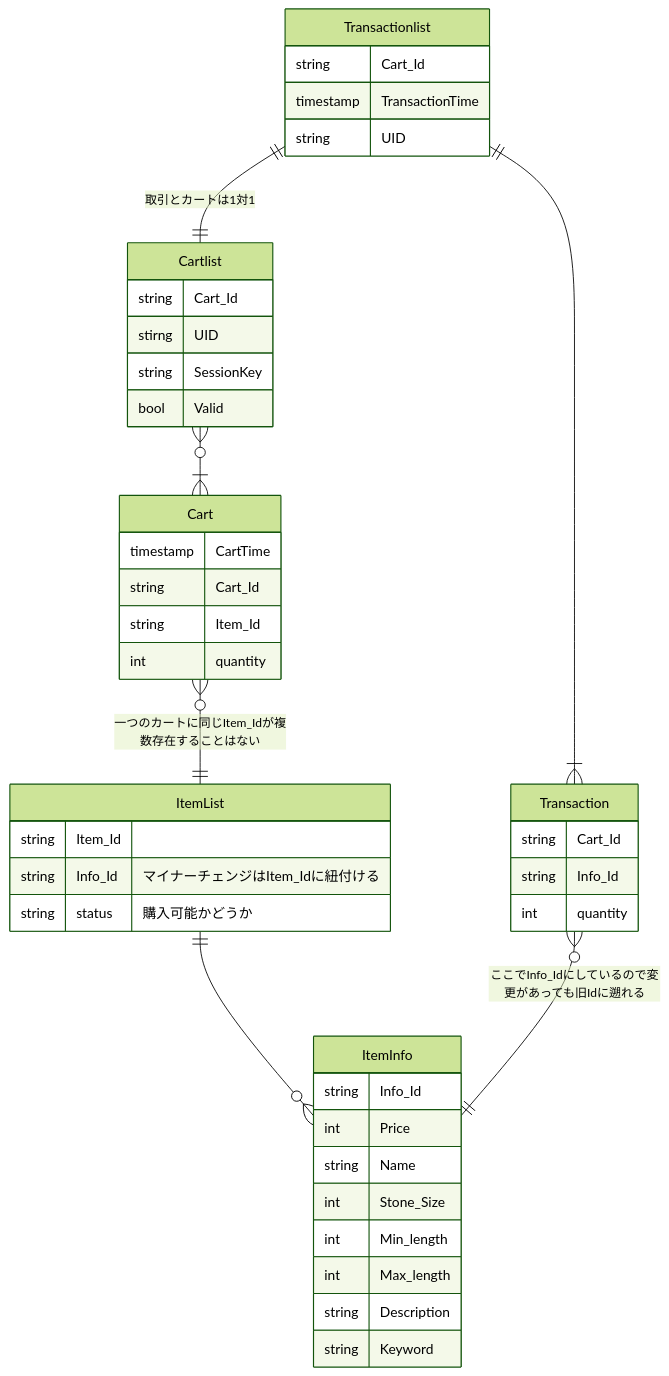
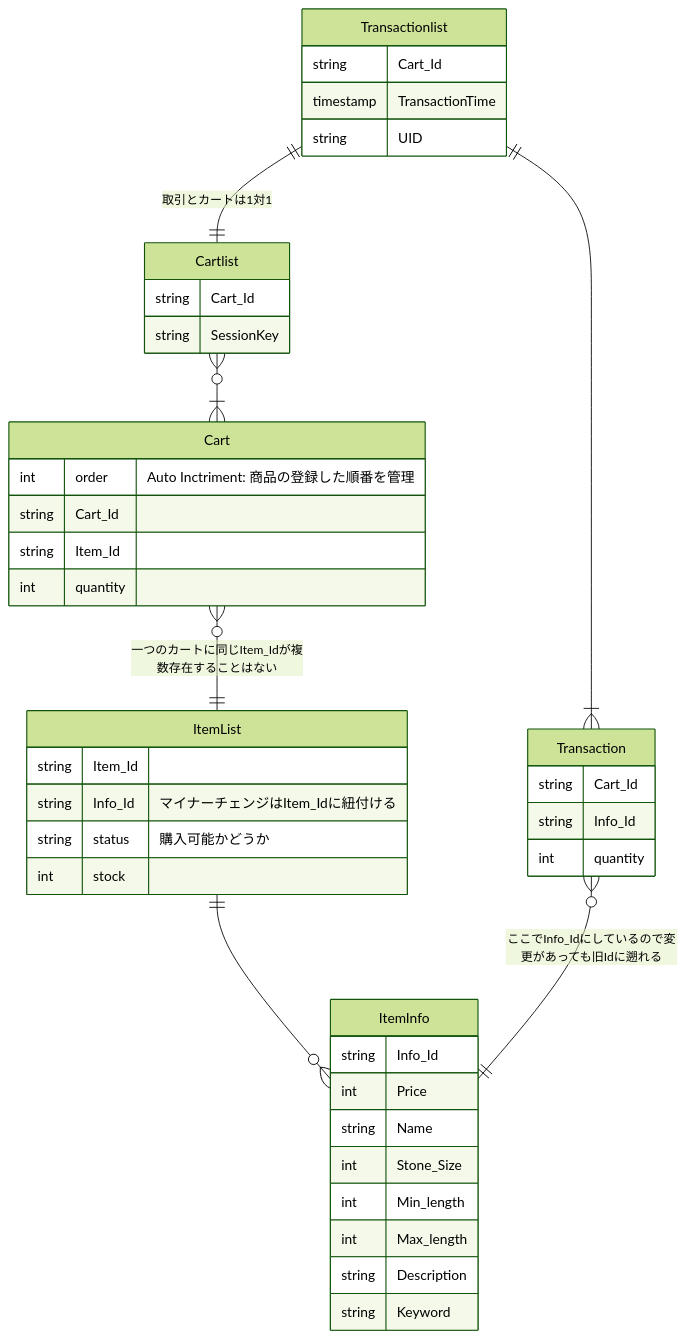
Before and after one commit to WhatACotton/CharisWorks-BackEnd: the first of 4 diagrams in README.md, drawn with Mermaid (forest theme). The commit also changed other lines of this file and 2 other files, not shown here.

````diff
--- a/README.md
+++ b/README.md
@@ -11,50 +11,49 @@
 ```mermaid
 erDiagram
 Transactionlist ||--||Cartlist:"取引とカートは1対1"
 Transactionlist ||--|{Transaction:""
 Cartlist}o--|{Cart:""
 Cart}o--||ItemList:"一つのカートに同じItem_Idが複数存在することはない"
 ItemList||--o{ItemInfo:""
 Transaction}o--||ItemInfo:"ここでInfo_Idにしているので変更があっても旧Idに遡れる"
 
 Transactionlist{
  string Cart_Id
  timestamp TransactionTime
  string UID
 }
 Transaction{
  string Cart_Id
  string Info_Id
  int quantity
 }
 
 Cartlist{
  string Cart_Id
- stirng UID
  string SessionKey
- bool Valid
 }
 
 Cart{
- timestamp CartTime
+ int order "Auto Inctriment: 商品の登録した順番を管理"
  string Cart_Id
  string Item_Id
  int quantity
 }
 
 ItemList{
  string Item_Id
  string Info_Id "マイナーチェンジはItem_Idに紐付ける"
  string status "購入可能かどうか"
+ int stock
 }
 ItemInfo{
  string Info_Id
  int Price
  string Name
  int Stone_Size
  int Min_length
  int Max_length
  string Description
  string Keyword
 }
 ```
````
